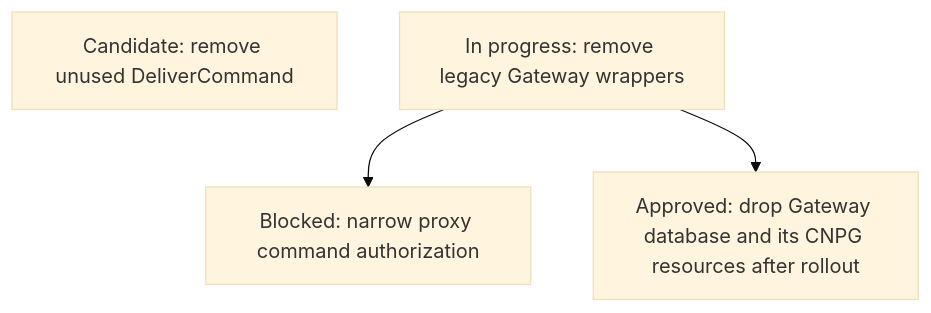
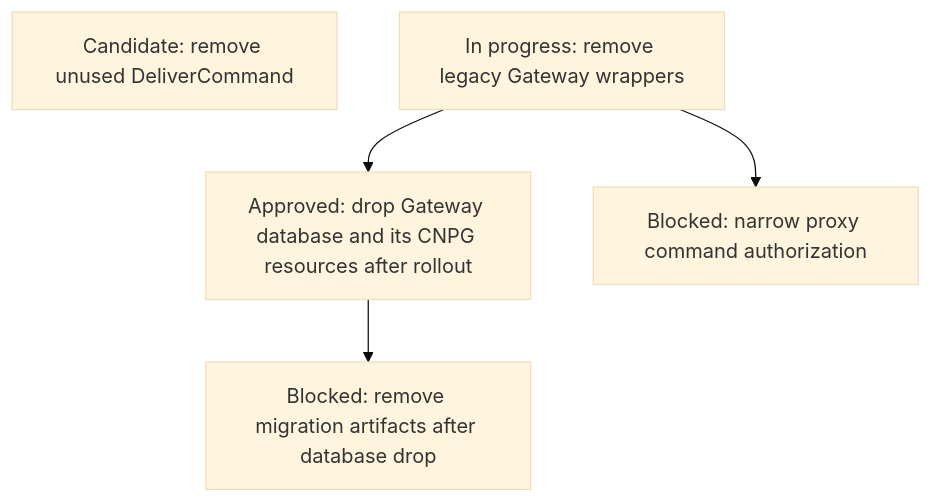
Before and after one commit to agentydragon/ducktape: diagram 15 of 16 in agentplane/plans/task_dag.md, drawn with Mermaid (base theme). The commit also changed other lines of this file and 7 other files, not shown here.

Commit message:
Retire the legacy Gateway database and deployment credentials

````diff
--- a/agentplane/plans/task_dag.md
+++ b/agentplane/plans/task_dag.md
@@ -1281,9 +1281,10 @@
 ```mermaid
 flowchart TD
     RUNNER_COMMAND_RPCS[Candidate: remove unused DeliverCommand]
     GATEWAY_WRAPPER_RETIRE[In progress: remove legacy Gateway wrappers]
+    GATEWAY_DATABASE_DROP --> GATEWAY_DATABASE_DROP_CLEANUP[Blocked: remove migration artifacts after database drop]
     GATEWAY_DATABASE_DROP[Approved: drop Gateway database and its CNPG resources after rollout]
     PROXY_START_METHODS_DISPATCHER_ONLY[Blocked: narrow proxy command authorization]
     GATEWAY_WRAPPER_RETIRE --> PROXY_START_METHODS_DISPATCHER_ONLY
     GATEWAY_WRAPPER_RETIRE --> GATEWAY_DATABASE_DROP
 ```
````
